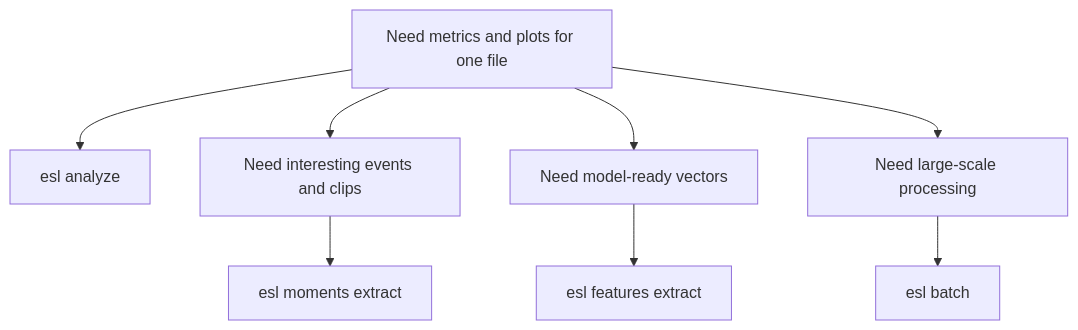
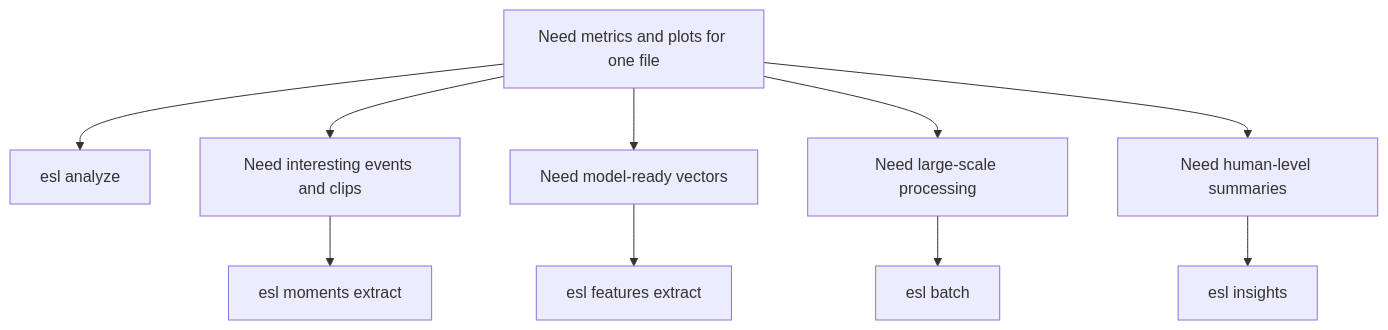
Before and after one commit to TheColby/ecoSignalLab: the diagram in docs/TASK_RECIPES.md, drawn with Mermaid. The commit also changed other lines of this file and 6 other files, not shown here.

````diff
--- a/docs/TASK_RECIPES.md
+++ b/docs/TASK_RECIPES.md
@@ -527,10 +553,12 @@
 ```mermaid
 flowchart TD
     A["Need metrics and plots for one file"] --> B["esl analyze"]
     A --> C["Need interesting events and clips"]
     C --> D["esl moments extract"]
     A --> E["Need model-ready vectors"]
     E --> F["esl features extract"]
     A --> G["Need large-scale processing"]
     G --> H["esl batch"]
+    A --> I["Need human-level summaries"]
+    I --> J["esl insights"]
 ```
````
